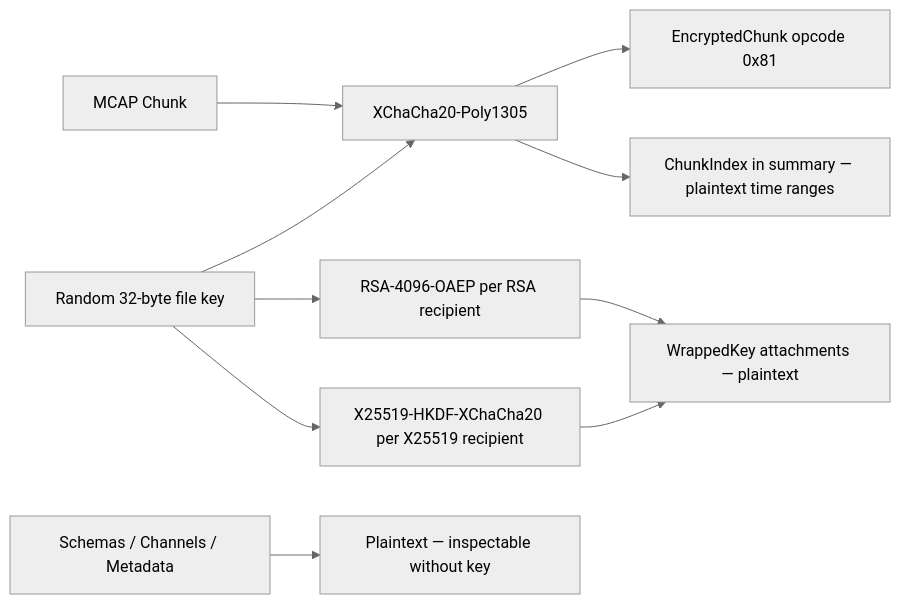
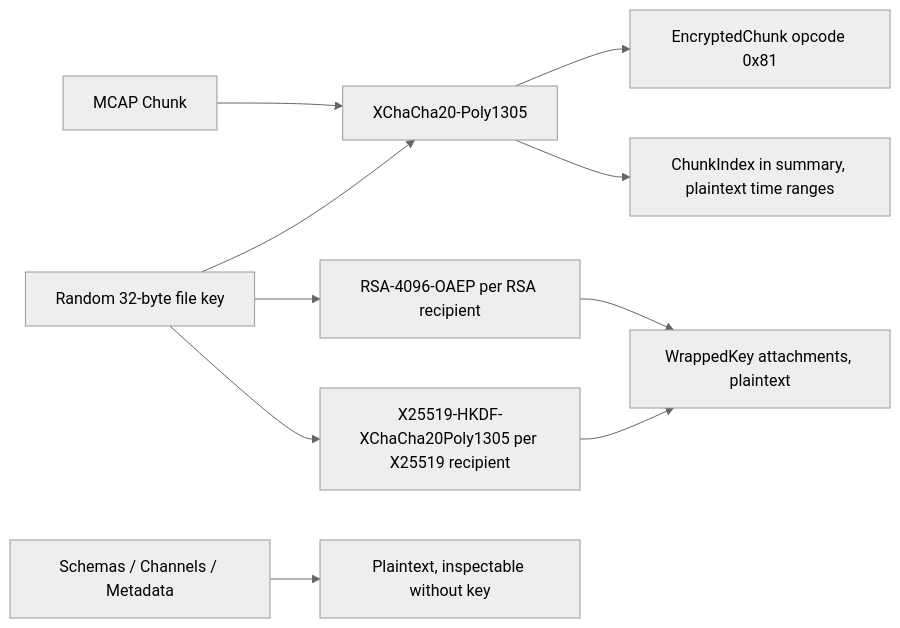
Before and after one commit to remete618/mcap-encrypt: the diagram in README.md, drawn with Mermaid (neutral theme). The commit also changed other lines of this file, not shown here.

````diff
--- a/README.md
+++ b/README.md
@@ -75,12 +82,12 @@
 ```mermaid
 flowchart LR
     A[MCAP Chunk] --> B[XChaCha20-Poly1305]
     D[Random 32-byte file key] --> B
     B --> C[EncryptedChunk opcode 0x81]
     D --> E1[RSA-4096-OAEP per RSA recipient]
-    D --> E2[X25519-HKDF-XChaCha20 per X25519 recipient]
-    E1 --> F[WrappedKey attachments — plaintext]
+    D --> E2[X25519-HKDF-XChaCha20Poly1305 per X25519 recipient]
+    E1 --> F[WrappedKey attachments, plaintext]
     E2 --> F
-    B --> I[ChunkIndex in summary — plaintext time ranges]
-    G[Schemas / Channels / Metadata] --> H[Plaintext — inspectable without key]
+    B --> I[ChunkIndex in summary, plaintext time ranges]
+    G[Schemas / Channels / Metadata] --> H[Plaintext, inspectable without key]
 ```
````
